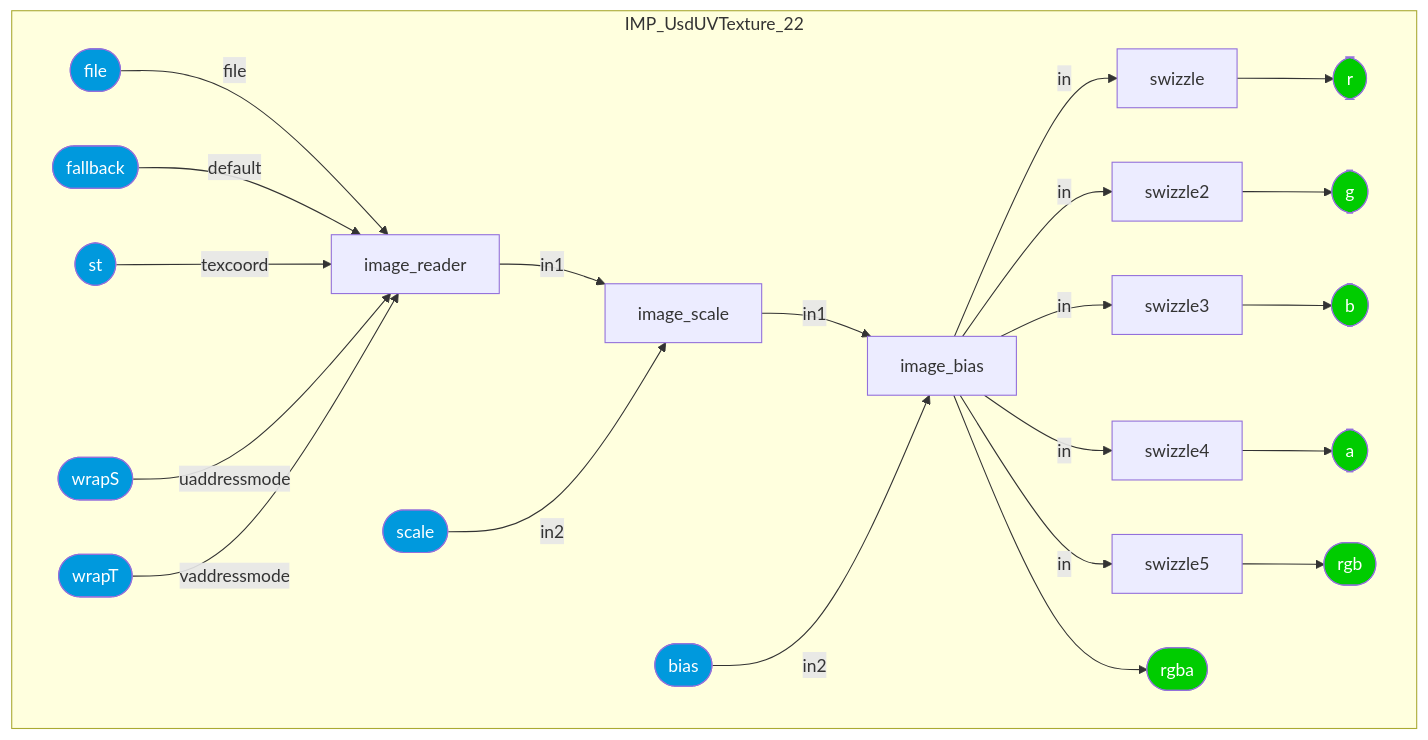
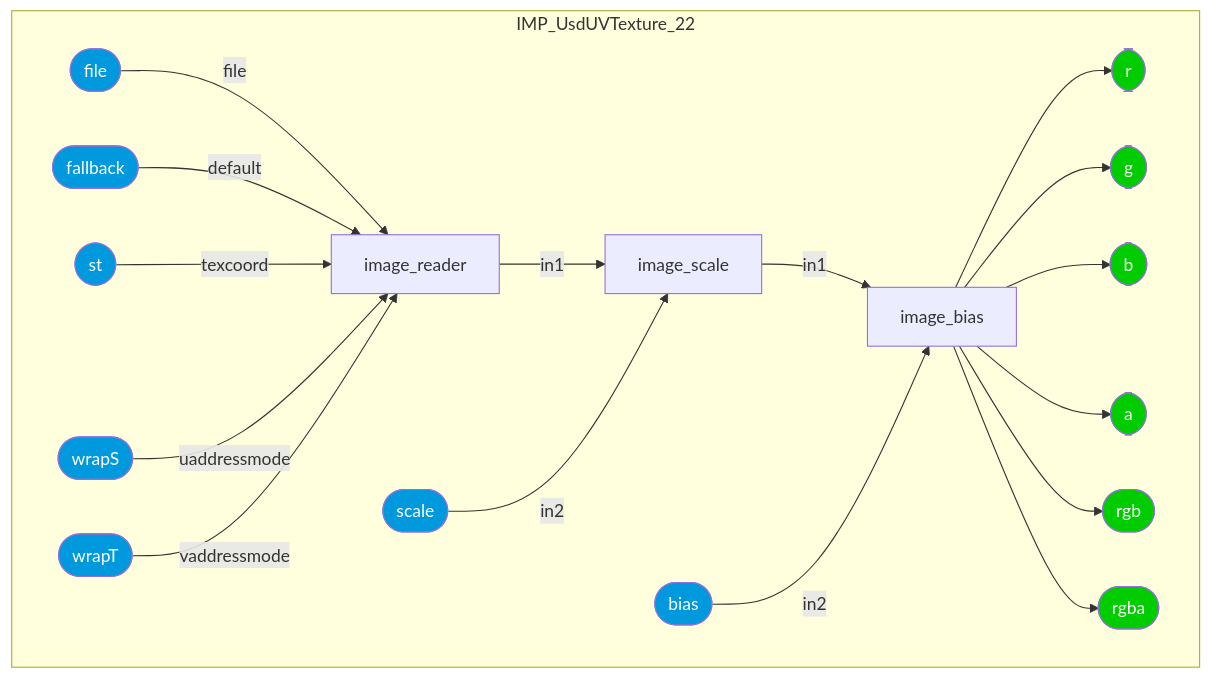
Diagram 13 of 36 in documents/definitions/bxdf_doc.md (kwokcb/MaterialX_Learn), drawn with Mermaid before and after one commit. The commit also changed other lines of this file and 1068 other files, not shown here.

````diff
--- a/documents/definitions/bxdf_doc.md
+++ b/documents/definitions/bxdf_doc.md
@@ -2140,59 +2134,49 @@
 ```mermaid
 graph TB
     subgraph IMP_UsdUVTexture_22
     IMP_UsdUVTexture_22_image_reader[image_reader]
     IMP_UsdUVTexture_22_image_scale[image_scale]
     IMP_UsdUVTexture_22_image_bias[image_bias]
-    IMP_UsdUVTexture_22_swizzle[swizzle]
     style IMP_UsdUVTexture_22_r  fill:#0C0, color:#FFF
     IMP_UsdUVTexture_22_r([r])
-    IMP_UsdUVTexture_22_swizzle2[swizzle2]
     style IMP_UsdUVTexture_22_g  fill:#0C0, color:#FFF
     IMP_UsdUVTexture_22_g([g])
-    IMP_UsdUVTexture_22_swizzle3[swizzle3]
     style IMP_UsdUVTexture_22_b  fill:#0C0, color:#FFF
     IMP_UsdUVTexture_22_b([b])
-    IMP_UsdUVTexture_22_swizzle4[swizzle4]
     style IMP_UsdUVTexture_22_a  fill:#0C0, color:#FFF
     IMP_UsdUVTexture_22_a([a])
-    IMP_UsdUVTexture_22_swizzle5[swizzle5]
     style IMP_UsdUVTexture_22_rgb  fill:#0C0, color:#FFF
     IMP_UsdUVTexture_22_rgb([rgb])
     style IMP_UsdUVTexture_22_rgba  fill:#0C0, color:#FFF
     IMP_UsdUVTexture_22_rgba([rgba])
     style IMP_UsdUVTexture_22_file  fill:#09D, color:#FFF
     IMP_UsdUVTexture_22_file([file])
     style IMP_UsdUVTexture_22_fallback  fill:#09D, color:#FFF
     IMP_UsdUVTexture_22_fallback([fallback])
     style IMP_UsdUVTexture_22_st  fill:#09D, color:#FFF
     IMP_UsdUVTexture_22_st([st])
     style IMP_UsdUVTexture_22_wrapS  fill:#09D, color:#FFF
     IMP_UsdUVTexture_22_wrapS([wrapS])
     style IMP_UsdUVTexture_22_wrapT  fill:#09D, color:#FFF
     IMP_UsdUVTexture_22_wrapT([wrapT])
     style IMP_UsdUVTexture_22_scale  fill:#09D, color:#FFF
     IMP_UsdUVTexture_22_scale([scale])
     style IMP_UsdUVTexture_22_bias  fill:#09D, color:#FFF
     IMP_UsdUVTexture_22_bias([bias])
     end
     IMP_UsdUVTexture_22_file --"file"--> IMP_UsdUVTexture_22_image_reader
     IMP_UsdUVTexture_22_fallback --"default"--> IMP_UsdUVTexture_22_image_reader
     IMP_UsdUVTexture_22_st --"texcoord"--> IMP_UsdUVTexture_22_image_reader
     IMP_UsdUVTexture_22_wrapS --"uaddressmode"--> IMP_UsdUVTexture_22_image_reader
     IMP_UsdUVTexture_22_wrapT --"vaddressmode"--> IMP_UsdUVTexture_22_image_reader
     IMP_UsdUVTexture_22_image_reader --"in1"--> IMP_UsdUVTexture_22_image_scale
     IMP_UsdUVTexture_22_scale --"in2"--> IMP_UsdUVTexture_22_image_scale
     IMP_UsdUVTexture_22_image_scale --"in1"--> IMP_UsdUVTexture_22_image_bias
     IMP_UsdUVTexture_22_bias --"in2"--> IMP_UsdUVTexture_22_image_bias
-    IMP_UsdUVTexture_22_image_bias --"in"--> IMP_UsdUVTexture_22_swizzle
-    IMP_UsdUVTexture_22_swizzle --> IMP_UsdUVTexture_22_r
-    IMP_UsdUVTexture_22_image_bias --"in"--> IMP_UsdUVTexture_22_swizzle2
-    IMP_UsdUVTexture_22_swizzle2 --> IMP_UsdUVTexture_22_g
-    IMP_UsdUVTexture_22_image_bias --"in"--> IMP_UsdUVTexture_22_swizzle3
-    IMP_UsdUVTexture_22_swizzle3 --> IMP_UsdUVTexture_22_b
-    IMP_UsdUVTexture_22_image_bias --"in"--> IMP_UsdUVTexture_22_swizzle4
-    IMP_UsdUVTexture_22_swizzle4 --> IMP_UsdUVTexture_22_a
-    IMP_UsdUVTexture_22_image_bias --"in"--> IMP_UsdUVTexture_22_swizzle5
-    IMP_UsdUVTexture_22_swizzle5 --> IMP_UsdUVTexture_22_rgb
+    IMP_UsdUVTexture_22_image_bias --> IMP_UsdUVTexture_22_r
+    IMP_UsdUVTexture_22_image_bias --> IMP_UsdUVTexture_22_g
+    IMP_UsdUVTexture_22_image_bias --> IMP_UsdUVTexture_22_b
+    IMP_UsdUVTexture_22_image_bias --> IMP_UsdUVTexture_22_a
+    IMP_UsdUVTexture_22_image_bias --> IMP_UsdUVTexture_22_rgb
     IMP_UsdUVTexture_22_image_bias --> IMP_UsdUVTexture_22_rgba
 ```
````
